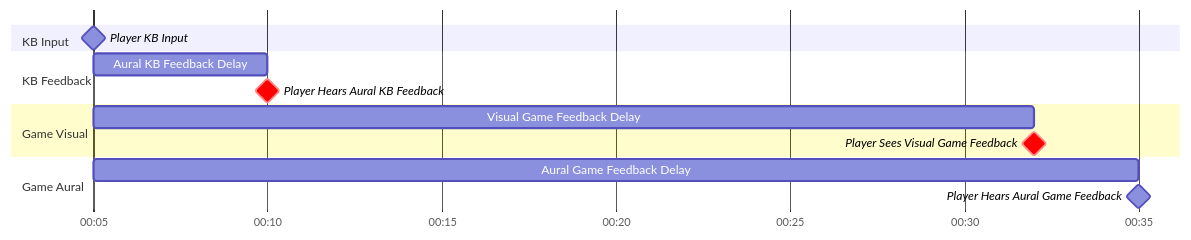
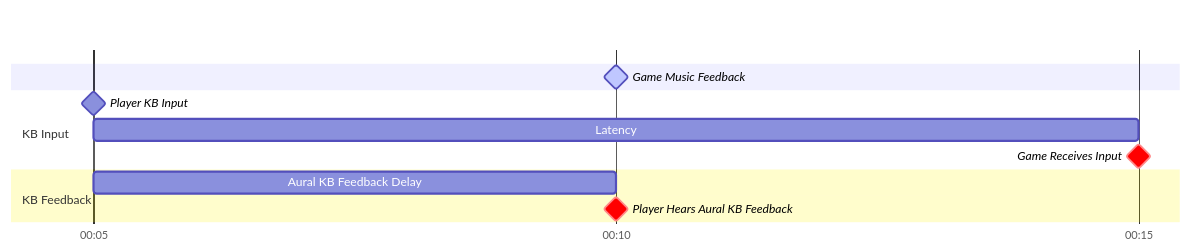
The sixth of 14 diagrams in _posts/2024-10-04-hitsounds.md (Eve-ning/Eve-ning.github.io), drawn with Mermaid before and after one commit. The commit also changed other lines of this file, not shown here.

````diff
--- a/_posts/2024-10-04-hitsounds.md
+++ b/_posts/2024-10-04-hitsounds.md
@@ -226,19 +244,17 @@
 ```mermaid
 gantt
   dateFormat mm:ss
   axisFormat %M:%S
+  tickInterval 5second
+
+  Game Music Feedback: active, milestone, 00:10,
+
   section KB Input
     Player KB Input: milestone, 00:05,
+    Latency: 00:05, 00:15
+    Game Receives Input: crit, milestone, 00:15
 
   section KB Feedback
     Aural KB Feedback Delay: 00:05, 00:10
     Player Hears Aural KB Feedback: crit, milestone, 00:10,
-
-  section Game Visual
-    Visual Game Feedback Delay: 00:05, 00:32
-    Player Sees Visual Game Feedback: crit, milestone, 00:32,
-
-  section Game Aural
-    Aural Game Feedback Delay: 00:05, 00:35
-    Player Hears Aural Game Feedback: milestone, 00:35,
 ```
````
